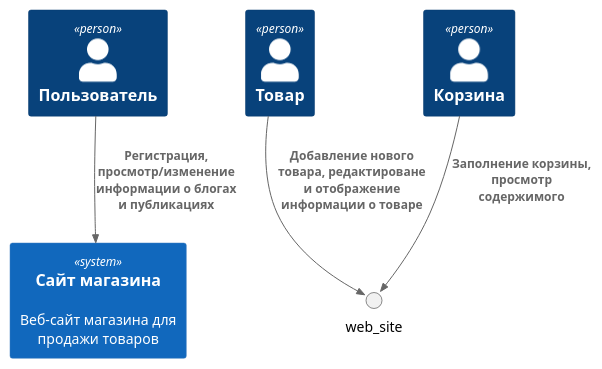
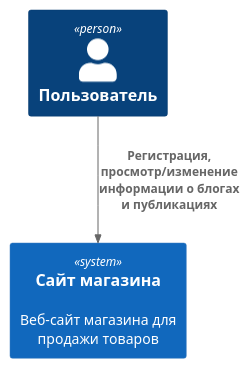
One commit to jwtkms/mai_homework_arch changed the diagram in context.md. Above: the diagram before and after it, drawn with PlantUML. The commit also changed 4 other files, not shown here.

````diff
--- a/context.md
+++ b/context.md
@@ -4,21 +4,16 @@
 ```plantuml
 @startuml
 !include https://raw.githubusercontent.com/plantuml-stdlib/C4-PlantUML/master/C4_Container.puml
 
 Person(user, "Пользователь")
-Person(product, "Товар")
-Person(cart, "Корзина")
-
 
 System(conference_site, "Сайт магазина", "Веб-сайт магазина для продажи товаров")
 
 
 
 Rel(user, conference_site, "Регистрация, просмотр/изменение информации о блогах и публикациях")
-Rel(product, web_site, "Добавление нового товара, редактироване и отображение информации о товаре")
-Rel(cart, web_site, "Заполнение корзины, просмотр содержимого")
 
 
 
 @enduml
 ```
````
